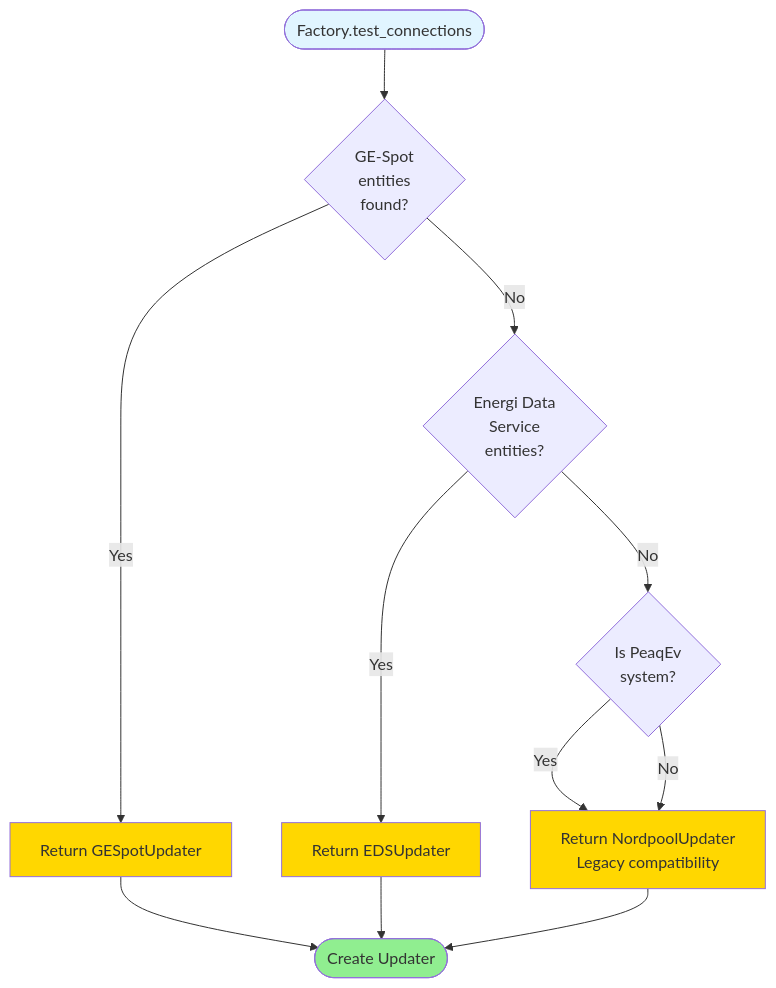
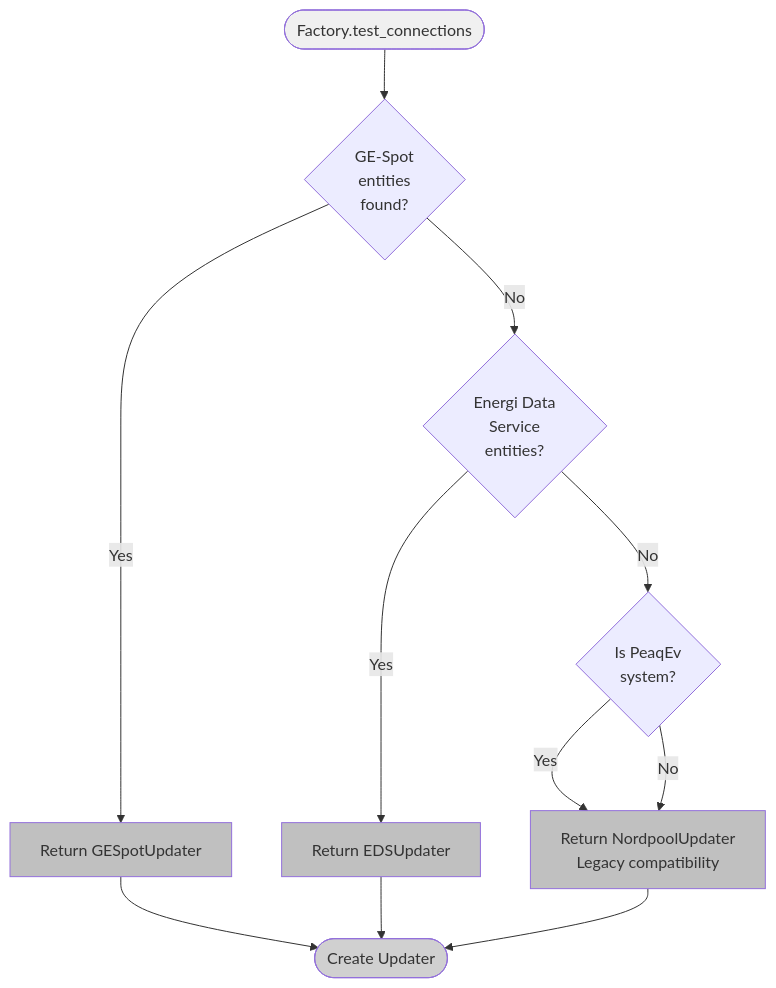
One commit to elden1337/peaqev-core changed the second of 4 diagrams in docs/ARCHITECTURE.md. Above: the diagram before and after it, drawn with Mermaid. The commit also changed other lines of this file and 2 other files, not shown here.

Commit message:
docs: Convert Mermaid diagrams to grayscale for better readability
- Replace all colored fills with grayscale palette
- Improves contrast and readability
- Better for printing and accessibility

````diff
--- a/docs/ARCHITECTURE.md
+++ b/docs/ARCHITECTURE.md
@@ -93,20 +93,20 @@
 ```mermaid
 flowchart TD
     Start([Factory.test_connections]) --> CheckGESpot{GE-Spot<br/>entities<br/>found?}
     CheckGESpot -->|Yes| ReturnGESpot[Return GESpotUpdater]
     CheckGESpot -->|No| CheckEDS{Energi Data<br/>Service<br/>entities?}
     CheckEDS -->|Yes| ReturnEDS[Return EDSUpdater]
     CheckEDS -->|No| CheckPeaqEv{Is PeaqEv<br/>system?}
     CheckPeaqEv -->|Yes| ReturnNordpool[Return NordpoolUpdater<br/>Legacy compatibility]
     CheckPeaqEv -->|No| ReturnNordpool
     
     ReturnGESpot --> End([Create Updater])
     ReturnEDS --> End
     ReturnNordpool --> End
     
-    style Start fill:#e1f5ff
-    style End fill:#90ee90
-    style ReturnGESpot fill:#ffd700
-    style ReturnEDS fill:#ffd700
-    style ReturnNordpool fill:#ffd700
+    style Start fill:#f0f0f0
+    style End fill:#d0d0d0
+    style ReturnGESpot fill:#c0c0c0
+    style ReturnEDS fill:#c0c0c0
+    style ReturnNordpool fill:#c0c0c0
 ```
````
